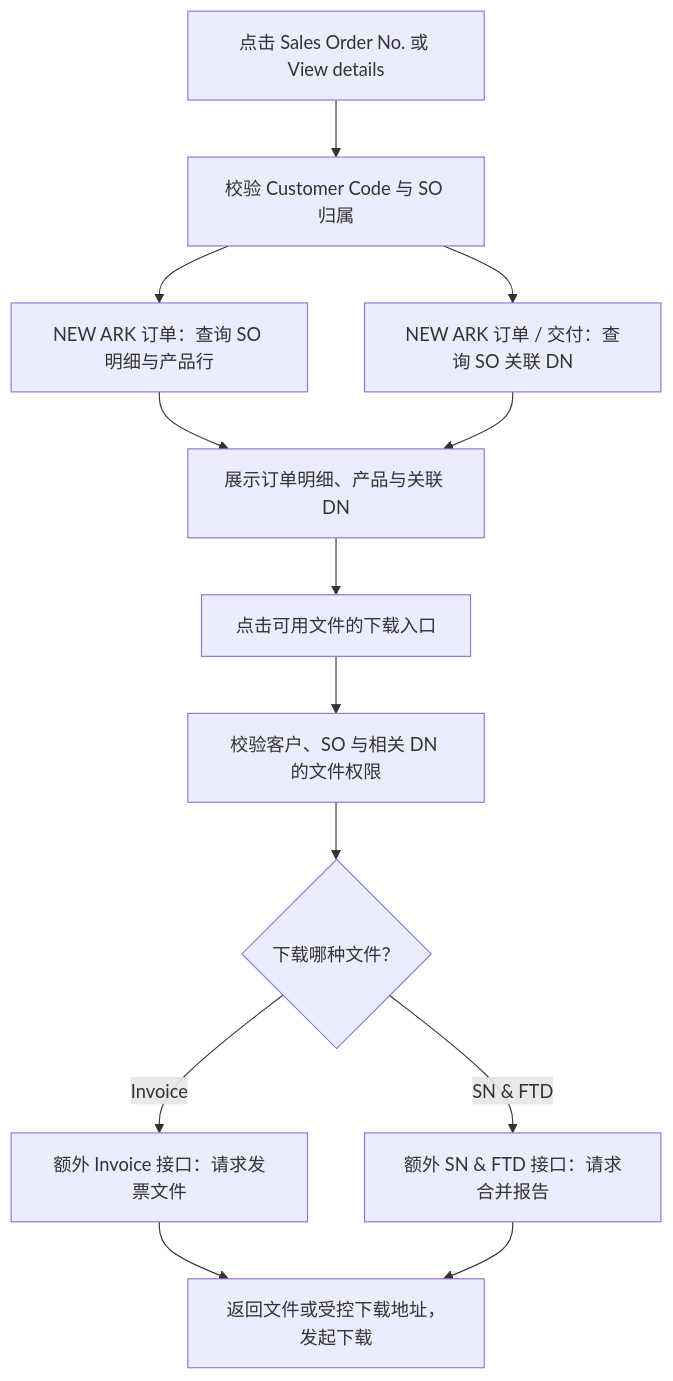
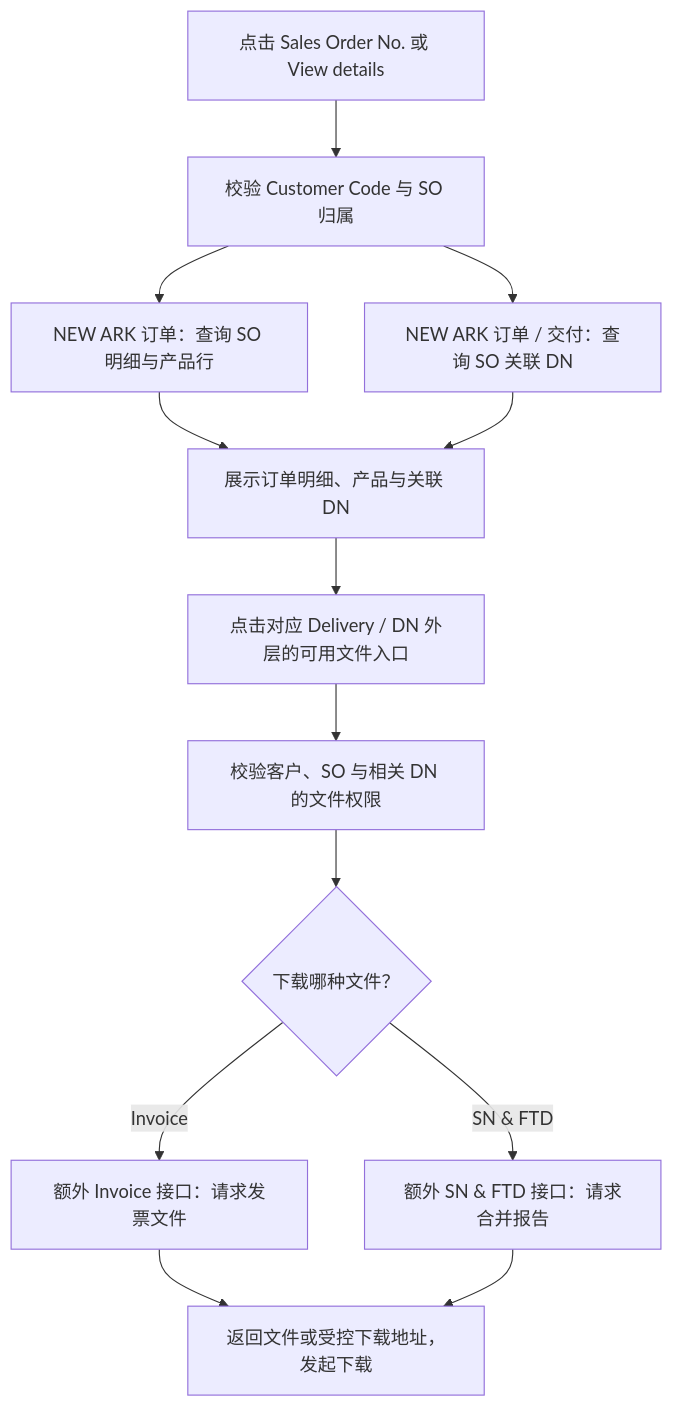
One commit to Nickiisme/product-list changed the second of 2 diagrams in site/docs/SunPower_My_Orders_PRD.md. Above: the diagram before and after it, drawn with Mermaid. The commit also changed other lines of this file and 3 other files, not shown here.

````diff
--- a/site/docs/SunPower_My_Orders_PRD.md
+++ b/site/docs/SunPower_My_Orders_PRD.md
@@ -176,15 +168,15 @@
 ```mermaid
 flowchart TD
     selectOrder["点击 Sales Order No. 或 View details"] --> ownership["校验 Customer Code 与 SO 归属"]
     ownership --> orderDetail["NEW ARK 订单：查询 SO 明细与产品行"]
     ownership --> dnQuery["NEW ARK 订单 / 交付：查询 SO 关联 DN"]
     orderDetail --> detailView["展示订单明细、产品与关联 DN"]
     dnQuery --> detailView
-    detailView --> downloadClick["点击可用文件的下载入口"]
+    detailView --> downloadClick["点击对应 Delivery / DN 外层的可用文件入口"]
     downloadClick --> filePermission["校验客户、SO 与相关 DN 的文件权限"]
     filePermission --> fileType{"下载哪种文件？"}
     fileType -->|"Invoice"| invoiceApi["额外 Invoice 接口：请求发票文件"]
     fileType -->|"SN & FTD"| reportApi["额外 SN & FTD 接口：请求合并报告"]
     invoiceApi --> fileResult["返回文件或受控下载地址，发起下载"]
     reportApi --> fileResult
 ```
````
